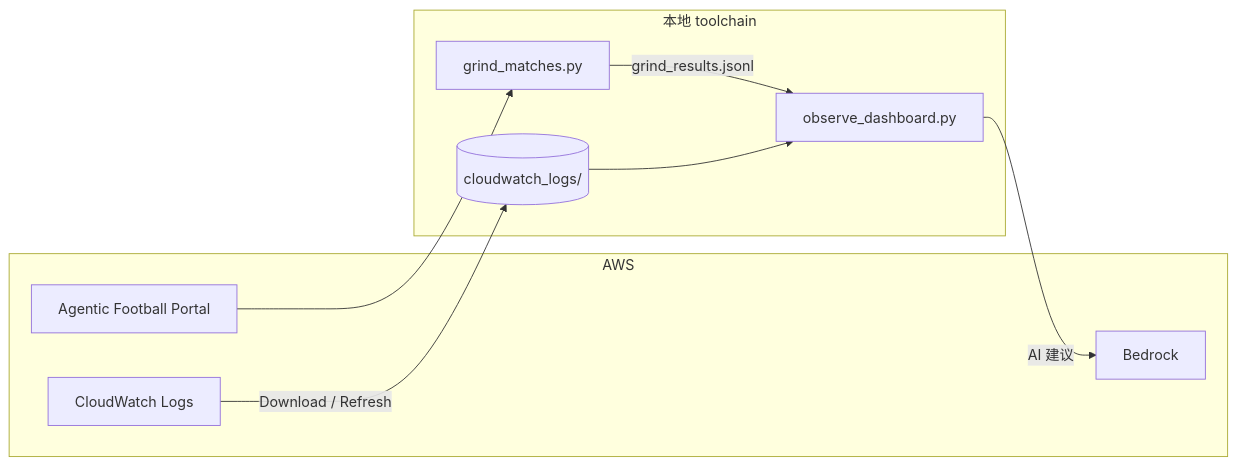
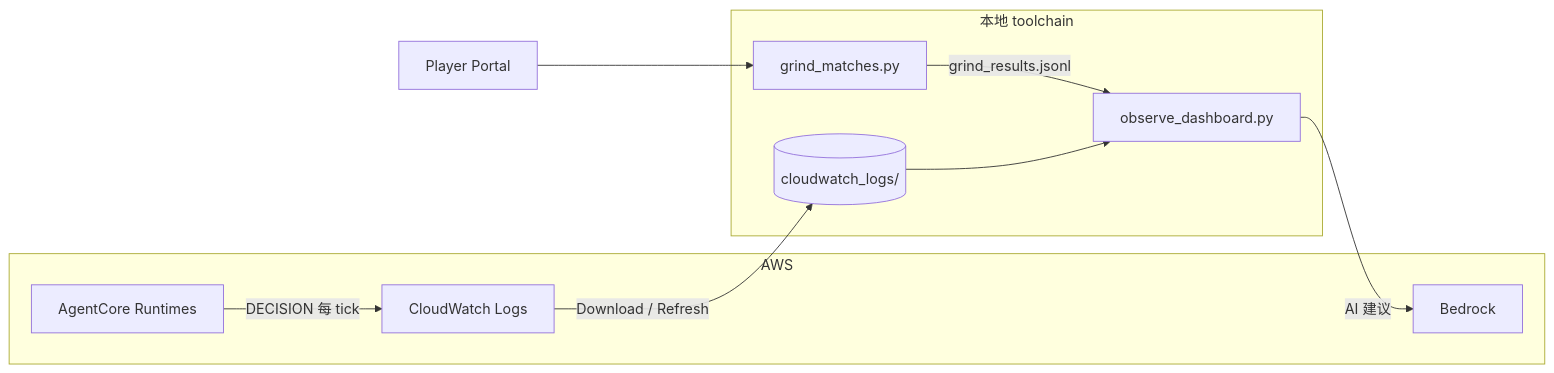
The second of 2 diagrams in i18n/zh-Hans/docusaurus-plugin-content-docs/current/workshops/2026/agentic-football-cup-pre-test.md (peterpanstechland/peterpanstechland.github.io), drawn with Mermaid before and after one commit. The commit also changed other lines of this file and 1 other file, not shown here.

````diff
--- a/i18n/zh-Hans/docusaurus-plugin-content-docs/current/workshops/2026/agentic-football-cup-pre-test.md
+++ b/i18n/zh-Hans/docusaurus-plugin-content-docs/current/workshops/2026/agentic-football-cup-pre-test.md
@@ -98,18 +136,20 @@
 ```mermaid
 flowchart LR
   subgraph AWS
-    Portal[Agentic Football Portal]
+    AC[AgentCore Runtimes]
     CW[CloudWatch Logs]
     BR[Bedrock]
   end
   subgraph Local["本地 toolchain"]
     Grind[grind_matches.py]
     Dash[observe_dashboard.py]
     Store[(cloudwatch_logs/)]
   end
+  Portal[Player Portal]
+  AC -->|DECISION 每 tick| CW
   Portal --> Grind
   Grind -->|grind_results.jsonl| Dash
   CW -->|Download / Refresh| Store
   Store --> Dash
   Dash -->|AI 建议| BR
 ```
````
